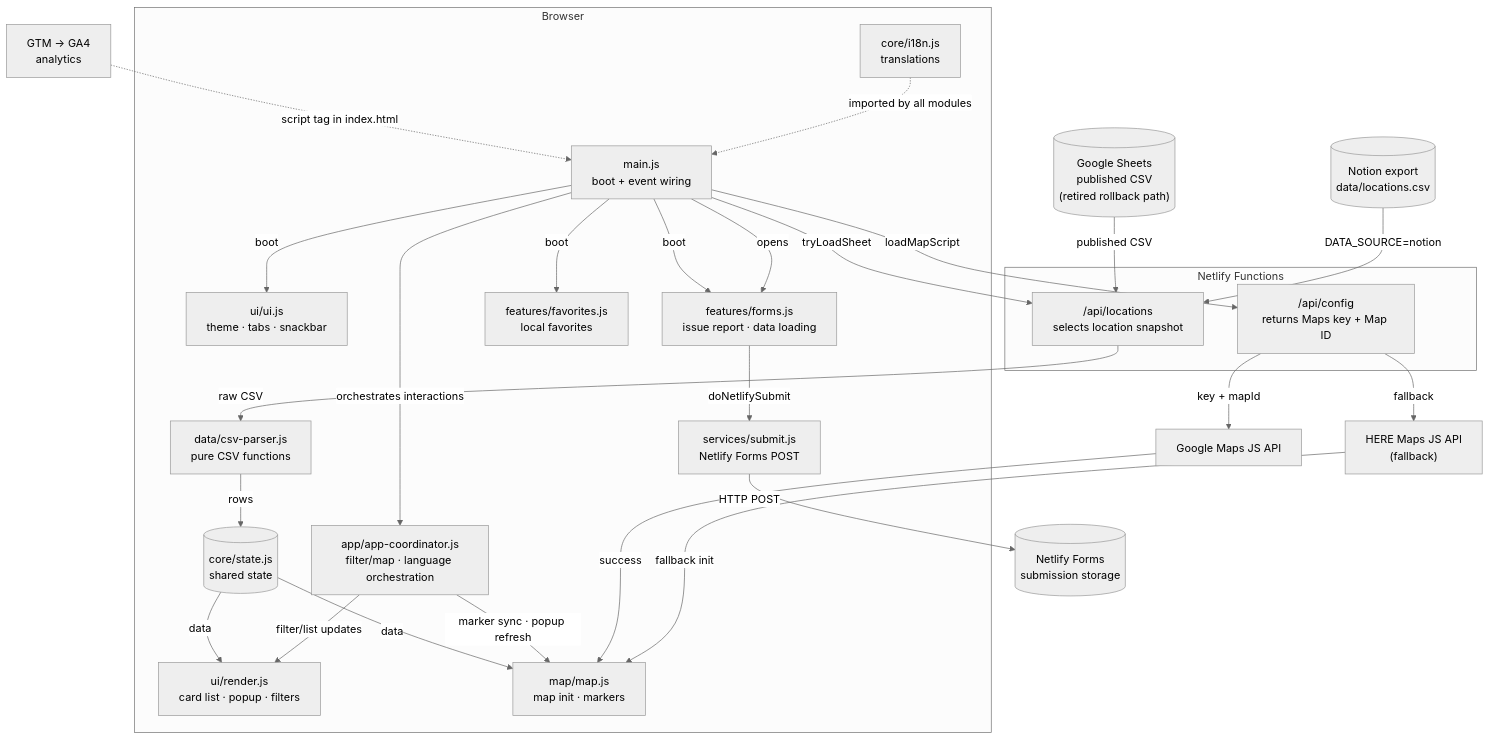
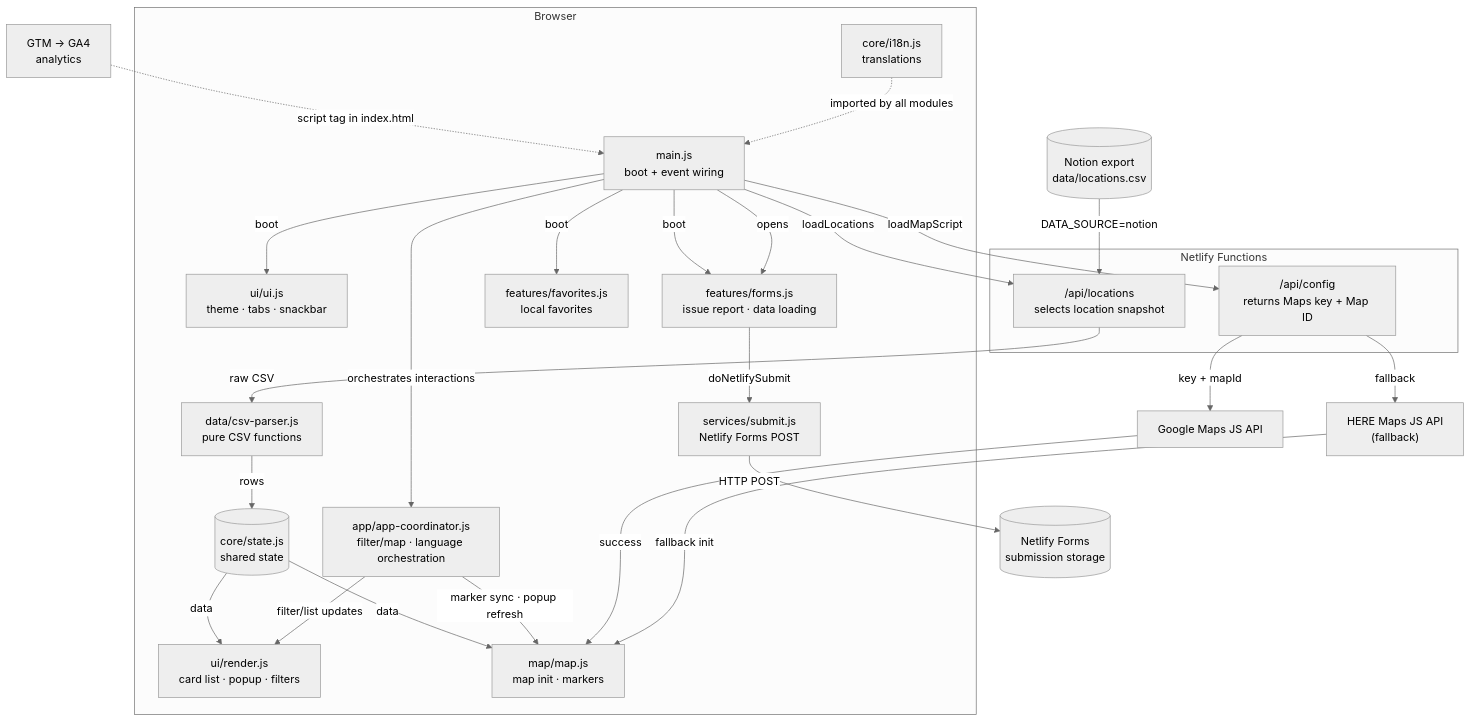
One commit to ginaz5/lingorm-map changed the first of 2 diagrams in README.md. Above: the diagram before and after it, drawn with Mermaid (neutral theme). The commit also changed other lines of this file and 117 other files, not shown here.

````diff
--- a/README.md
+++ b/README.md
@@ -70,55 +58,53 @@
 ```mermaid
 flowchart TD
     subgraph Browser["Browser"]
         MAIN["main.js\nboot + event wiring"]
         STATE[("core/state.js\nshared state")]
         I18N["core/i18n.js\ntranslations"]
         CSV["data/csv-parser.js\npure CSV functions"]
         RENDER["ui/render.js\ncard list · popup · filters"]
         MAP["map/map.js\nmap init · markers"]
         COORD["app/app-coordinator.js\nfilter/map · language orchestration"]
         UI["ui/ui.js\ntheme · tabs · snackbar"]
         FORMS["features/forms.js\nissue report · data loading"]
         SUBMIT["services/submit.js\nNetlify Forms POST"]
         FAV["features/favorites.js\nlocal favorites"]
     end
 
     subgraph Netlify_Fn["Netlify Functions"]
         CFG["/api/config\nreturns Maps key + Map ID"]
         LOC["/api/locations\nselects location snapshot"]
     end
 
-    GS[("Google Sheets\npublished CSV\n(retired rollback path)")]
     NOTION[("Notion export\ndata/locations.csv")]
     GMAPS["Google Maps JS API"]
     HERE["HERE Maps JS API\n(fallback)"]
     NFORMS[("Netlify Forms\nsubmission storage")]
     GTM["GTM → GA4\nanalytics"]
 
     MAIN -->|"boot"| UI
     MAIN -->|"orchestrates interactions"| COORD
     MAIN -->|"boot"| FORMS
     MAIN -->|"boot"| FAV
-    MAIN -->|"tryLoadSheet"| LOC
-    GS -->|"published CSV"| LOC
+    MAIN -->|"loadLocations"| LOC
     NOTION -->|"DATA_SOURCE=notion"| LOC
     LOC -->|"raw CSV"| CSV
     CSV -->|"rows"| STATE
     STATE -->|"data"| RENDER
     STATE -->|"data"| MAP
     COORD -->|"filter/list updates"| RENDER
     COORD -->|"marker sync · popup refresh"| MAP
 
     MAIN -->|"loadMapScript"| CFG
     CFG -->|"key + mapId"| GMAPS
     GMAPS -->|"success"| MAP
     CFG -->|"fallback"| HERE
     HERE -->|"fallback init"| MAP
 
     MAIN -->|"opens"| FORMS
     FORMS -->|"doNetlifySubmit"| SUBMIT
     SUBMIT -->|"HTTP POST"| NFORMS
 
     GTM -.->|"script tag in index.html"| MAIN
     I18N -.->|"imported by all modules"| MAIN
 ```
````
